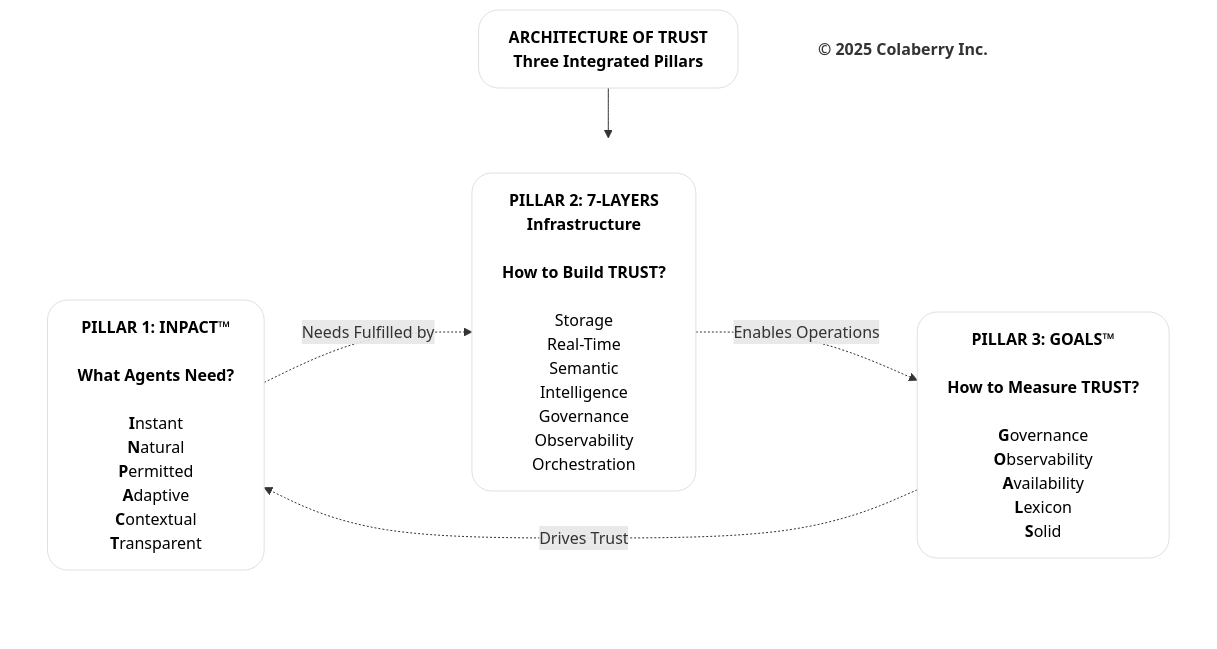
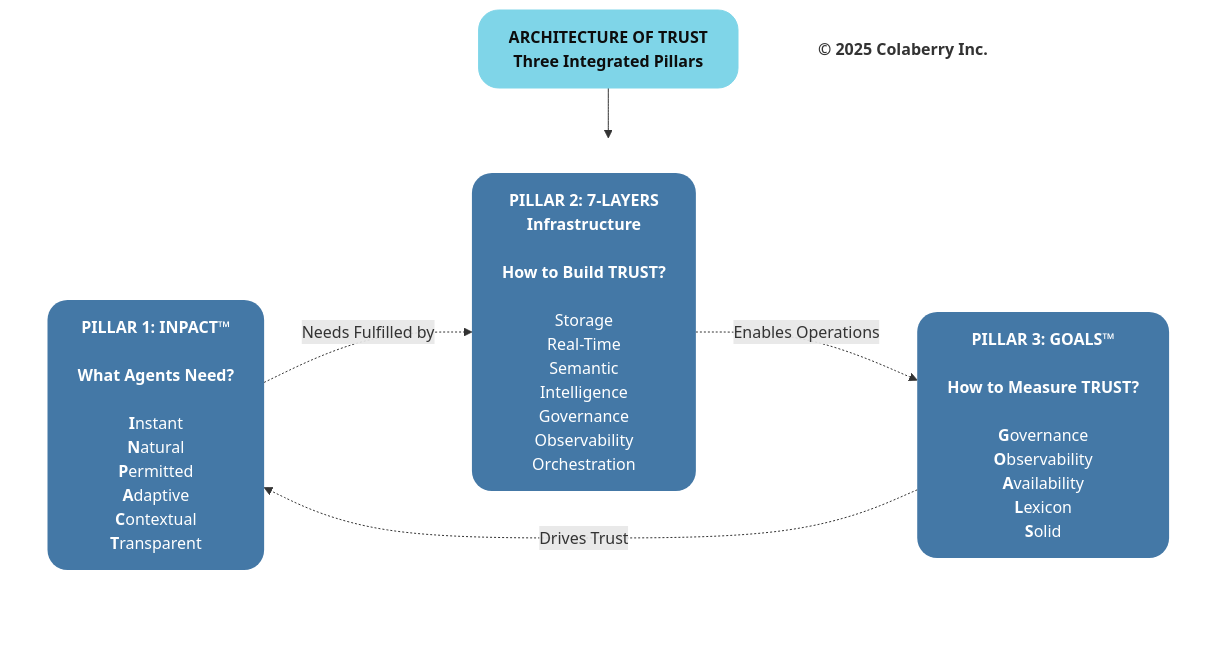
Before and after one commit to saitejesh-cyber/trust-before-intelligence-book: the diagram in mermaid-source/01_chapter_0_trust_before_intelligence-diagram-04.mmd, drawn with Mermaid. The commit also changed other lines of this file and 3 other files, not shown here.

Commit message:
Refine two core diagrams for Colaberry semantic contrast

```diff
--- a/mermaid-source/01_chapter_0_trust_before_intelligence-diagram-04.mmd
+++ b/mermaid-source/01_chapter_0_trust_before_intelligence-diagram-04.mmd
@@ -1,27 +1,27 @@
 
 graph TB
     Title["<b>ARCHITECTURE OF TRUST</b><br/><b>Three Integrated Pillars</b>"]
     
     subgraph PILLARS[" "]
         direction LR
         INPACT["<b>PILLAR 1: INPACT™</b><br/><br/><b>What Agents Need?</b><br/><br/><b>I</b>nstant<br/><b>N</b>atural<br/><b>P</b>ermitted<br/><b>A</b>daptive<br/><b>C</b>ontextual<br/><b>T</b>ransparent"]
         
         Layers["<b>PILLAR 2: 7-LAYERS</b><br/><b>Infrastructure</b><br/><br/><b>How to Build TRUST?</b><br/><br/>Storage<br/>Real-Time<br/>Semantic<br/>Intelligence<br/>Governance<br/>Observability<br/>Orchestration"]
         
         GOALS["<b>PILLAR 3: GOALS™</b><br/><br/><b>How to Measure TRUST?</b><br/><br/><b>G</b>overnance<br/><b>O</b>bservability<br/><b>A</b>vailability<br/><b>L</b>exicon<br/><b>S</b>olid"]
     end
     
     Copyright["<b>© 2025 Colaberry Inc.</b>"]
     
     Title --> PILLARS
     
     INPACT -.->|"Needs Fulfilled by"| Layers
     Layers -.->|"Enables Operations"| GOALS
     GOALS -.->|"Drives Trust"| INPACT
     
-    style Title fill:#ffffff,stroke:#e0e0e0,stroke-width:1px,color:#000000,rx:20,ry:20
+    style Title fill:#7FD5E8,stroke:#7FD5E8,stroke-width:1px,color:#0D0D0D,rx:20,ry:20
     style PILLARS fill:none,stroke:none
-        style INPACT fill:#ffffff,stroke:#e0e0e0,stroke-width:1px,color:#000000,rx:20,ry:20
-        style Layers fill:#ffffff,stroke:#e0e0e0,stroke-width:1px,color:#000000,rx:20,ry:20
-        style GOALS fill:#ffffff,stroke:#e0e0e0,stroke-width:1px,color:#000000,rx:20,ry:20
+        style INPACT fill:#4478A6,stroke:none,color:#ffffff,rx:20,ry:20
+        style Layers fill:#4478A6,stroke:none,color:#ffffff,rx:20,ry:20
+        style GOALS fill:#4478A6,stroke:none,color:#ffffff,rx:20,ry:20
     style Copyright fill:none,stroke:none,color:#333333
```
